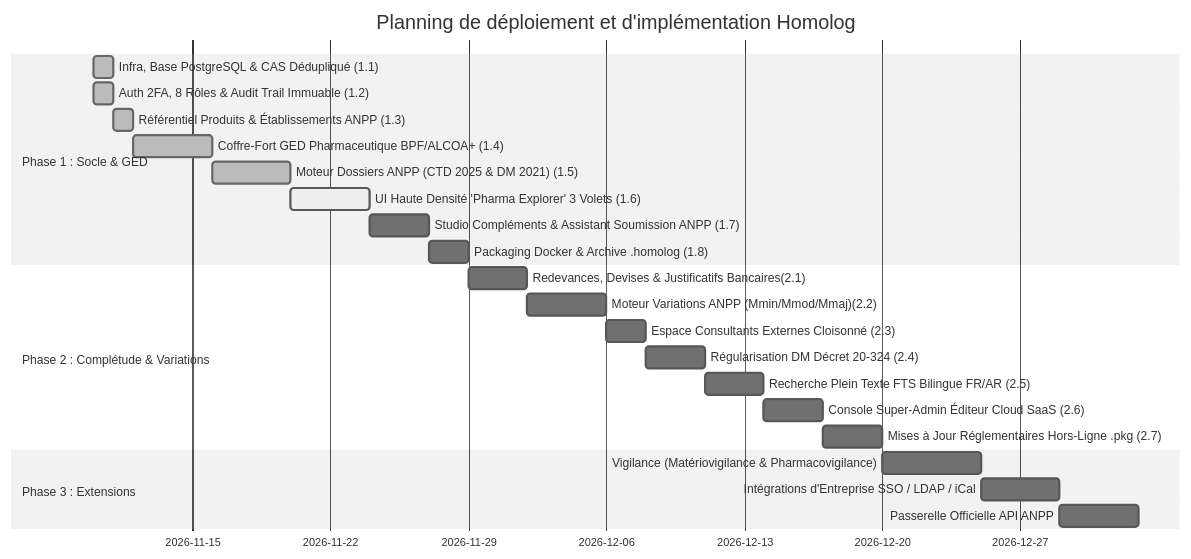
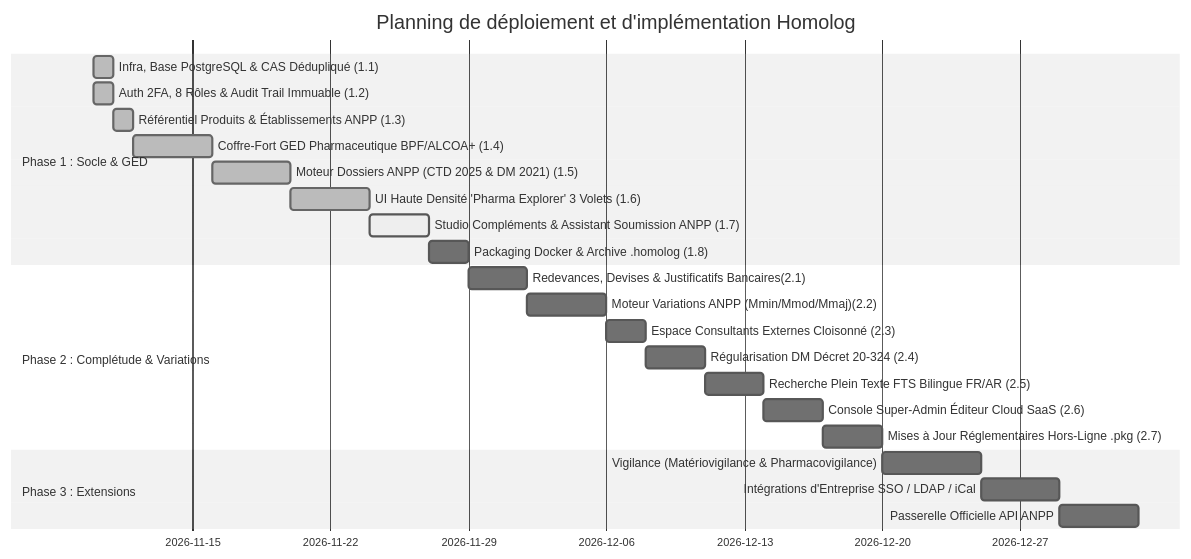
The diagram in docs/roadmap.md (aassr1965/homolog), drawn with Mermaid (neutral theme) before and after one commit. The commit also changed other lines of this file and 1 other file, not shown here.

Commit message:
feat(ui): implement Pharma Explorer high-density interface with tree explorer, quick filters, splitters and responsive layout (Jalon 1.6)

````diff
--- a/docs/roadmap.md
+++ b/docs/roadmap.md
@@ -18,26 +18,26 @@
 ```mermaid
 gantt
     title Planning de déploiement et d'implémentation Homolog
     dateFormat  YYYY-MM-DD
     section Phase 1 : Socle & GED
     Infra, Base PostgreSQL & CAS Dédupliqué (1.1)    :done, p1_1, 2026-11-10, 1d
     Auth 2FA, 8 Rôles & Audit Trail Immuable (1.2)   :done, p1_2, 2026-11-10, 1d
     Référentiel Produits & Établissements ANPP (1.3) :done, p1_3, 2026-11-11, 1d
     Coffre-Fort GED Pharmaceutique BPF/ALCOA+ (1.4)  :done, p1_4, after p1_3, 4d
     Moteur Dossiers ANPP (CTD 2025 & DM 2021) (1.5)  :done, p1_5, after p1_4, 4d
-    UI Haute Densité 'Pharma Explorer' 3 Volets (1.6):active, p1_6, after p1_5, 4d
-    Studio Compléments & Assistant Soumission ANPP (1.7) :p1_7, after p1_6, 3d
+    UI Haute Densité 'Pharma Explorer' 3 Volets (1.6):done, p1_6, after p1_5, 4d
+    Studio Compléments & Assistant Soumission ANPP (1.7) :active, p1_7, after p1_6, 3d
     Packaging Docker & Archive .homolog (1.8)        :p1_8, after p1_7, 2d
     section Phase 2 : Complétude & Variations
     Redevances, Devises & Justificatifs Bancaires(2.1):p2_1, after p1_8, 3d
     Moteur Variations ANPP (Mmin/Mmod/Mmaj)(2.2)     :p2_2, after p2_1, 4d
     Espace Consultants Externes Cloisonné (2.3)      :p2_3, after p2_2, 2d
     Régularisation DM Décret 20-324 (2.4)            :p2_4, after p2_3, 3d
     Recherche Plein Texte FTS Bilingue FR/AR (2.5)   :p2_5, after p2_4, 3d
     Console Super-Admin Éditeur Cloud SaaS (2.6)     :p2_6, after p2_5, 3d
     Mises à Jour Réglementaires Hors-Ligne .pkg (2.7):p2_7, after p2_6, 3d
     section Phase 3 : Extensions
     Vigilance (Matériovigilance & Pharmacovigilance) :p3_1, after p2_7, 5d
     Intégrations d'Entreprise SSO / LDAP / iCal      :p3_2, after p3_1, 4d
     Passerelle Officielle API ANPP                   :p3_3, after p3_2, 4d
 ```
````
